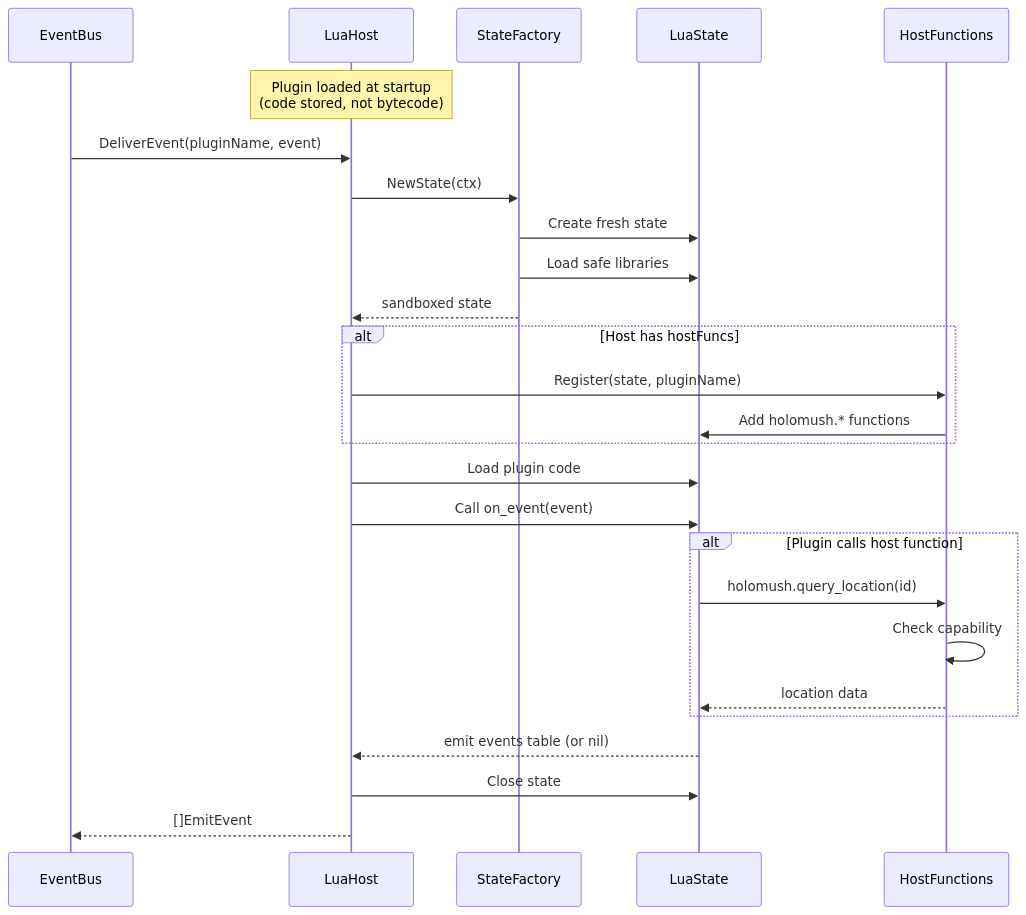
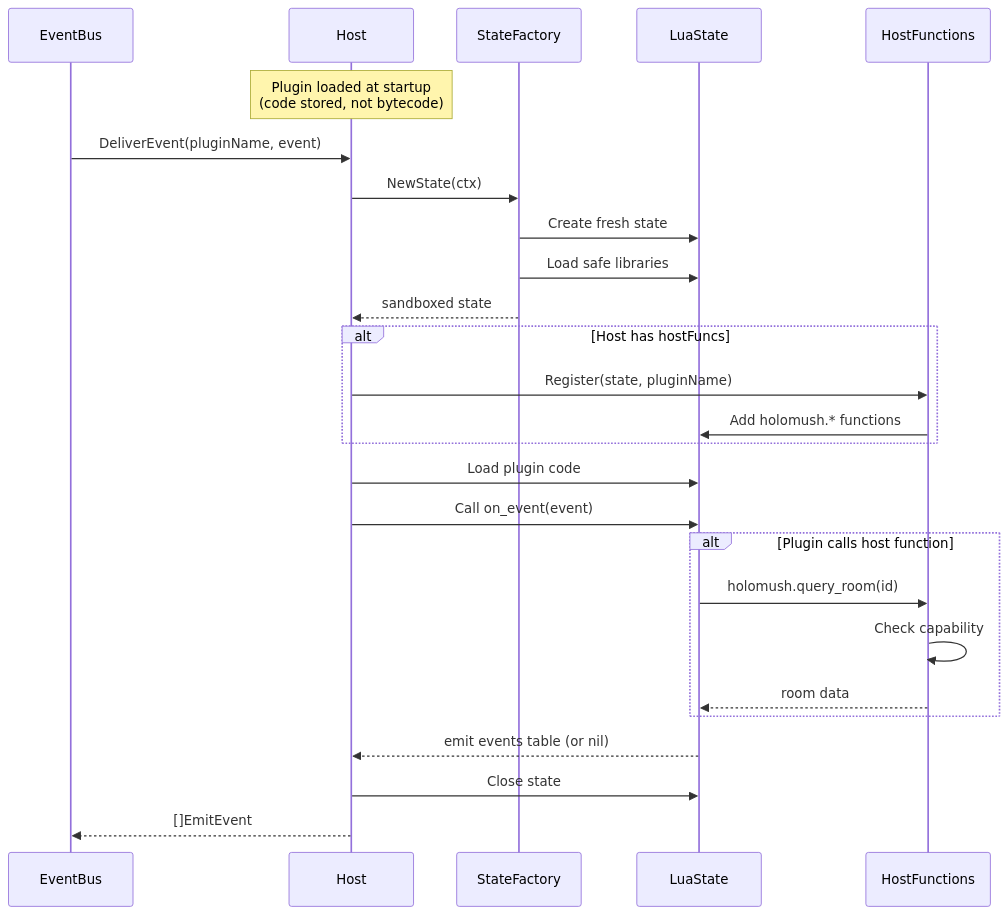
The first of 2 diagrams in docs/specs/2026-01-18-plugin-system-design.md (holomush/holomush), drawn with Mermaid before and after one commit. The commit also changed other lines of this file and 50 other files, not shown here.

````diff
--- a/docs/specs/2026-01-18-plugin-system-design.md
+++ b/docs/specs/2026-01-18-plugin-system-design.md
@@ -470,34 +479,34 @@
 ```mermaid
 sequenceDiagram
     participant EB as EventBus
-    participant LH as LuaHost
+    participant LH as Host
     participant SF as StateFactory
     participant LS as LuaState
     participant HF as HostFunctions
 
     Note over LH: Plugin loaded at startup<br/>(code stored, not bytecode)
 
     EB->>LH: DeliverEvent(pluginName, event)
     LH->>SF: NewState(ctx)
     SF->>LS: Create fresh state
     SF->>LS: Load safe libraries
     SF-->>LH: sandboxed state
 
     alt Host has hostFuncs
         LH->>HF: Register(state, pluginName)
         HF->>LS: Add holomush.* functions
     end
 
     LH->>LS: Load plugin code
     LH->>LS: Call on_event(event)
 
     alt Plugin calls host function
-        LS->>HF: holomush.query_location(id)
+        LS->>HF: holomush.query_room(id)
         HF->>HF: Check capability
-        HF-->>LS: location data
+        HF-->>LS: room data
     end
 
     LS-->>LH: emit events table (or nil)
     LH->>LS: Close state
     LH-->>EB: []EmitEvent
 ```
````
